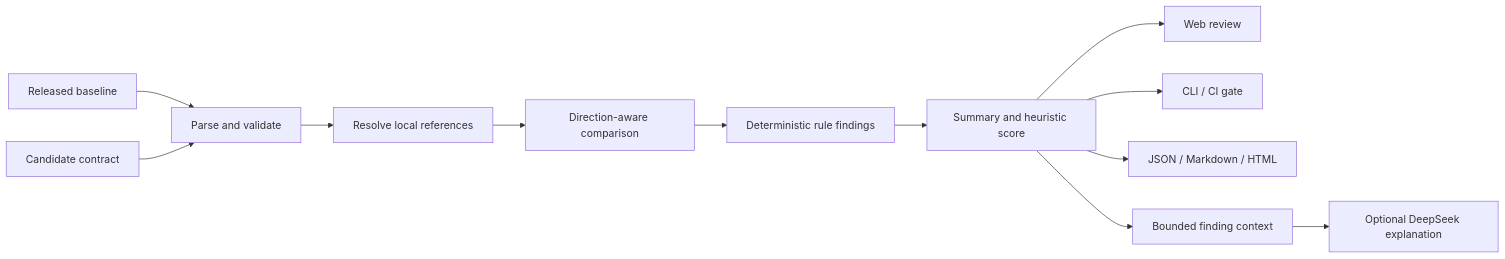
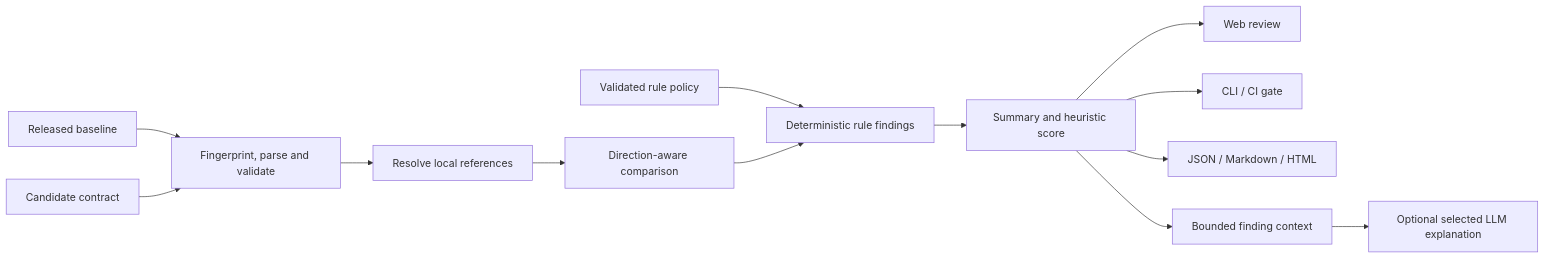
The diagram in docs/project-overview.md (mingxian233/ContractGuard), drawn with Mermaid before and after one commit. The commit also changed other lines of this file and 59 other files, not shown here.

````diff
--- a/docs/project-overview.md
+++ b/docs/project-overview.md
@@ -88,14 +88,15 @@
 ```mermaid
 flowchart LR
-    A[Released baseline] --> P[Parse and validate]
+    A[Released baseline] --> P[Fingerprint, parse and validate]
     B[Candidate contract] --> P
+    G[Validated rule policy] --> R
     P --> L[Resolve local references]
     L --> D[Direction-aware comparison]
     D --> R[Deterministic rule findings]
     R --> S[Summary and heuristic score]
     S --> W[Web review]
     S --> C[CLI / CI gate]
     S --> E[JSON / Markdown / HTML]
     S --> M[Bounded finding context]
-    M --> AI[Optional DeepSeek explanation]
+    M --> AI[Optional selected LLM explanation]
 ```
````
